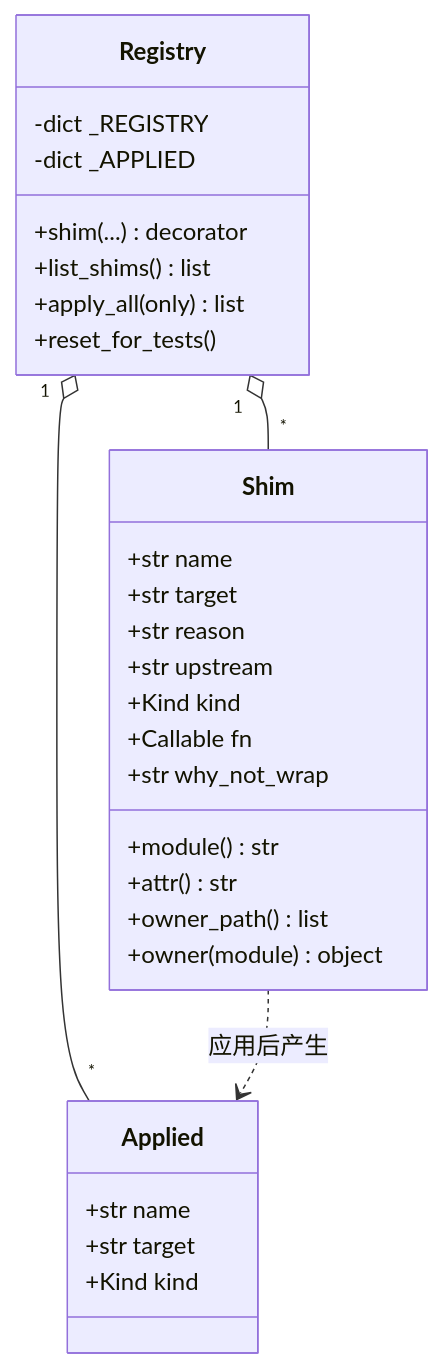
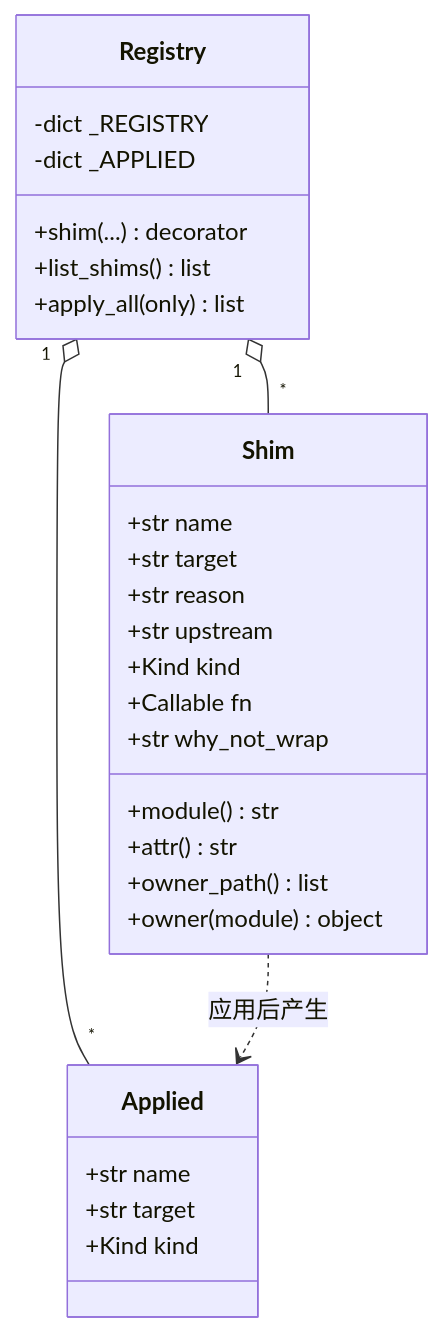
Before and after one commit to JavaZeroo/ascend-torchtitan: the fifth of 15 diagrams in docs/design/shim-and-override.md, drawn with Mermaid. The commit also changed other lines of this file and 1 other file, not shown here.

````diff
--- a/docs/design/shim-and-override.md
+++ b/docs/design/shim-and-override.md
@@ -205,32 +189,31 @@
 ```mermaid
 classDiagram
     class Shim {
         +str name
         +str target
         +str reason
         +str upstream
         +Kind kind
         +Callable fn
         +str why_not_wrap
         +module() str
         +attr() str
         +owner_path() list
         +owner(module) object
     }
     class Applied {
         +str name
         +str target
         +Kind kind
     }
     class Registry {
         -dict _REGISTRY
         -dict _APPLIED
         +shim(...) decorator
         +list_shims() list
         +apply_all(only) list
-        +reset_for_tests()
     }
     Registry "1" o-- "*" Shim
     Registry "1" o-- "*" Applied
     Shim ..> Applied : 应用后产生
 ```
````
